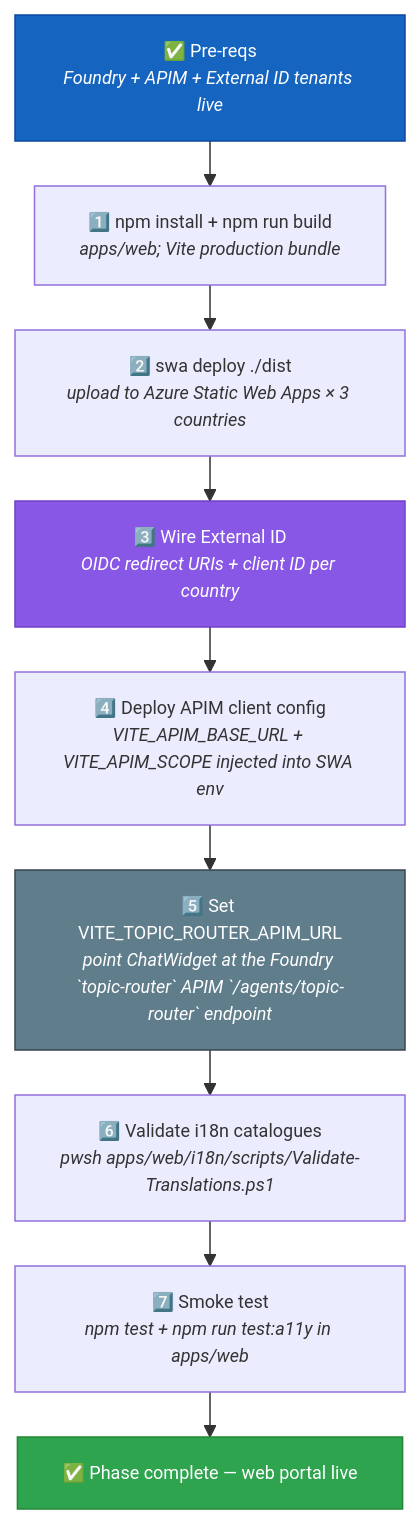
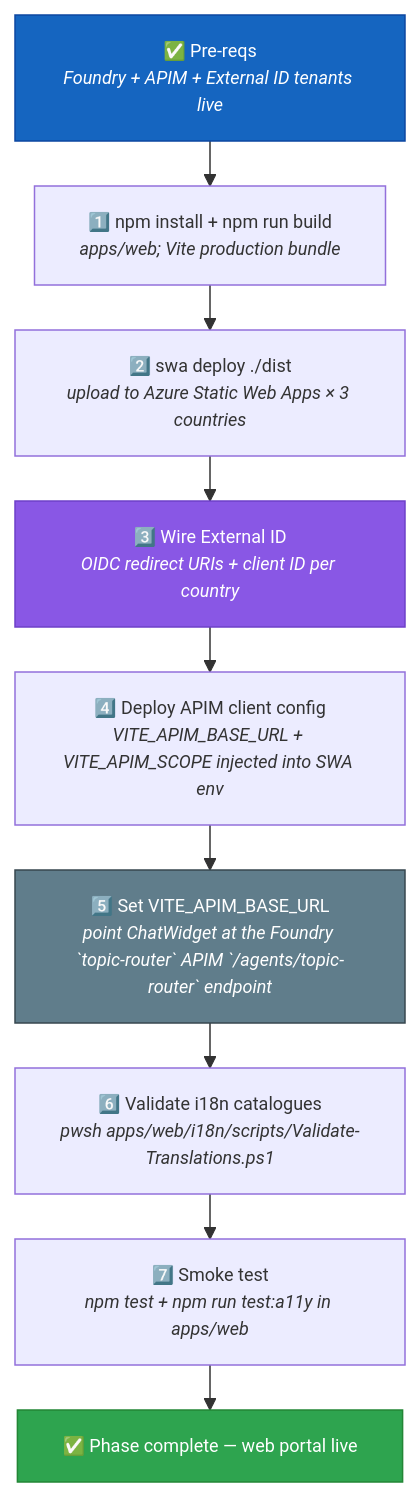
Before and after one commit to fredgis/UDCSP: the fourth of 4 diagrams in docs/biz/web.md, drawn with Mermaid. The commit also changed 12 other files, not shown here.

First line of the commit message:
fix(docs/biz): align with post-audit topic-router structure + add Test-TopicRouter

````diff
--- a/docs/biz/web.md
+++ b/docs/biz/web.md
@@ -428,20 +428,20 @@
 ```mermaid
 %%{ init: { 'flowchart': { 'nodeSpacing': 25, 'rankSpacing': 30 }, 'themeVariables': { 'fontSize': '12px' } } }%%
 flowchart TB
     P0["✅ Pre-reqs<br/><i>Foundry + APIM + External ID tenants live</i>"]
     P1["1️⃣ npm install + npm run build<br/><i>apps/web; Vite production bundle</i>"]
     P2["2️⃣ swa deploy ./dist<br/><i>upload to Azure Static Web Apps × 3 countries</i>"]
     P3["3️⃣ Wire External ID<br/><i>OIDC redirect URIs + client ID per country</i>"]
     P4["4️⃣ Deploy APIM client config<br/><i>VITE_APIM_BASE_URL + VITE_APIM_SCOPE injected into SWA env</i>"]
-    P5["5️⃣ Set VITE_TOPIC_ROUTER_APIM_URL<br/><i>point ChatWidget at the Foundry `topic-router` APIM `/agents/topic-router` endpoint</i>"]
+    P5["5️⃣ Set VITE_APIM_BASE_URL<br/><i>point ChatWidget at the Foundry `topic-router` APIM `/agents/topic-router` endpoint</i>"]
     P6["6️⃣ Validate i18n catalogues<br/><i>pwsh apps/web/i18n/scripts/Validate-Translations.ps1</i>"]
     P7["7️⃣ Smoke test<br/><i>npm test + npm run test:a11y in apps/web</i>"]
     P8["✅ Phase complete — web portal live"]
 
     P0 --> P1 --> P2 --> P3 --> P4 --> P5 --> P6 --> P7 --> P8
 
     style P0 fill:#1565c0,stroke:#0d47a1,color:#fff
     style P8 fill:#2ea44f,stroke:#238636,color:#fff
     style P3 fill:#8957e5,stroke:#6e40c9,color:#fff
     style P5 fill:#607d8b,stroke:#37474f,color:#fff
 ```
````
